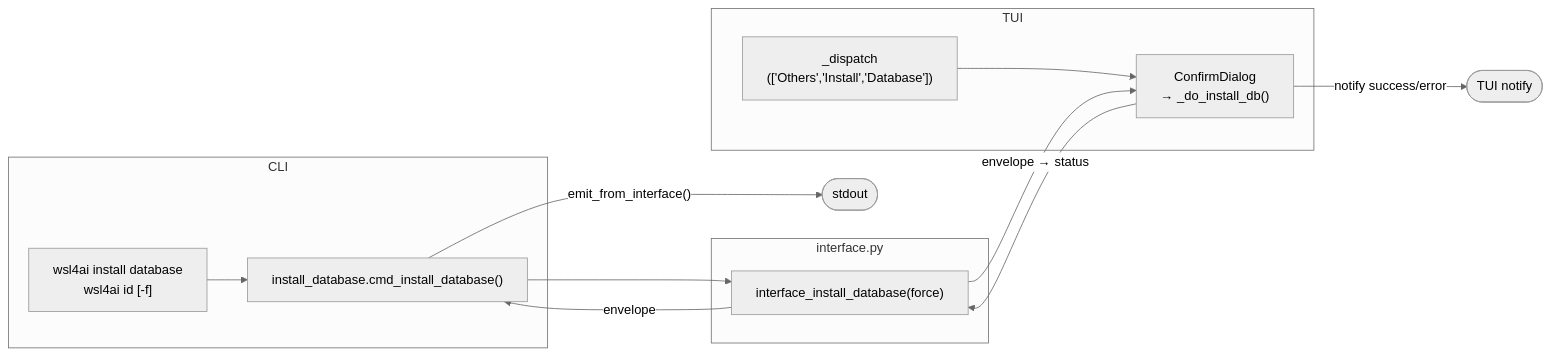
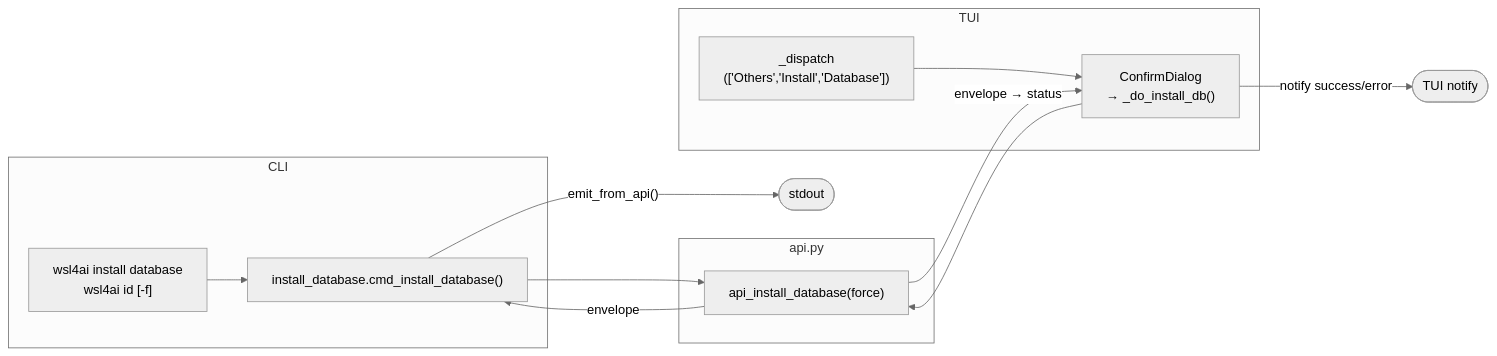
The first of 3 diagrams in specs/tool/specs-install.md (rmompo/wsl4ai), drawn with Mermaid (neutral theme) before and after one commit. The commit also changed other lines of this file and 20 other files, not shown here.

First line of the commit message:
v1.6.3: rename interface.py → api.py, interface_* → api_*

````diff
--- a/specs/tool/specs-install.md
+++ b/specs/tool/specs-install.md
@@ -31,23 +31,23 @@
 ```mermaid
 flowchart LR
     subgraph CLI
         id["wsl4ai install database\nwsl4ai id [-f]"]
         cmd["install_database.cmd_install_database()"]
         id --> cmd
     end
-    subgraph Interface["interface.py"]
-        iface["interface_install_database(force)"]
+    subgraph Interface["api.py"]
+        iface["api_install_database(force)"]
     end
     subgraph TUI
         dispatch["_dispatch\n(['Others','Install','Database'])"]
         confirm["ConfirmDialog\n→ _do_install_db()"]
         dispatch --> confirm
     end
 
     cmd --> iface
     confirm --> iface
     iface -->|"envelope"| cmd
     iface -->|"envelope → status"| confirm
-    cmd -->|"emit_from_interface()"| stdout([stdout])
+    cmd -->|"emit_from_api()"| stdout([stdout])
     confirm -->|"notify success/error"| ui([TUI notify])
 ```
````
